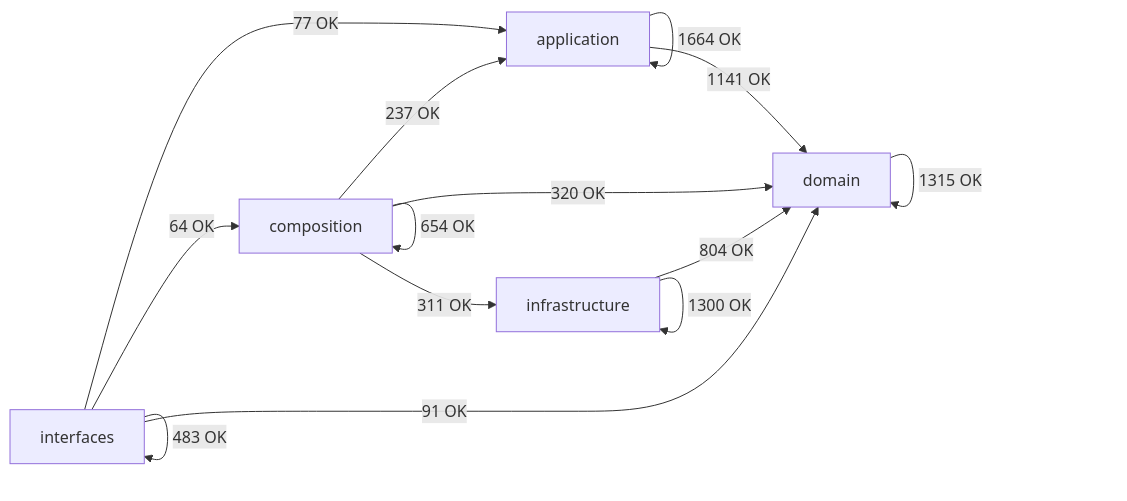
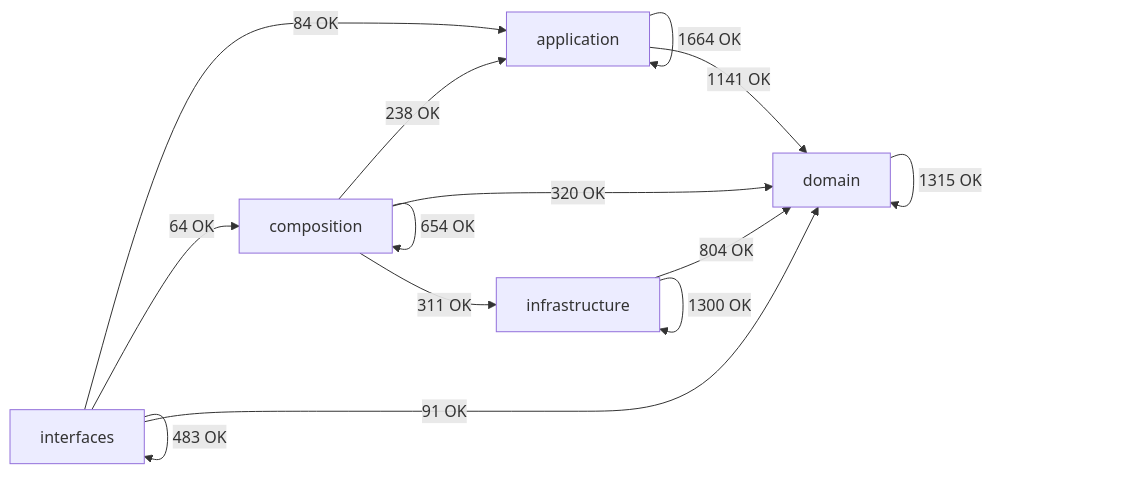
The diagram in docs/02-architecture/generated/module-dependency-map.md (SatoryKono/BioactivityDataAcquisition), drawn with Mermaid before and after one commit. The commit also changed other lines of this file and 13 other files, not shown here.

````diff
--- a/docs/02-architecture/generated/module-dependency-map.md
+++ b/docs/02-architecture/generated/module-dependency-map.md
@@ -17,21 +17,21 @@
 ```mermaid
 flowchart LR
     domain[domain]
     application[application]
     infrastructure[infrastructure]
     composition[composition]
     interfaces[interfaces]
     application -->|1664 OK| application
     application -->|1141 OK| domain
-    composition -->|237 OK| application
+    composition -->|238 OK| application
     composition -->|654 OK| composition
     composition -->|320 OK| domain
     composition -->|311 OK| infrastructure
     domain -->|1315 OK| domain
     infrastructure -->|804 OK| domain
     infrastructure -->|1300 OK| infrastructure
-    interfaces -->|77 OK| application
+    interfaces -->|84 OK| application
     interfaces -->|64 OK| composition
     interfaces -->|91 OK| domain
     interfaces -->|483 OK| interfaces
 ```
````
